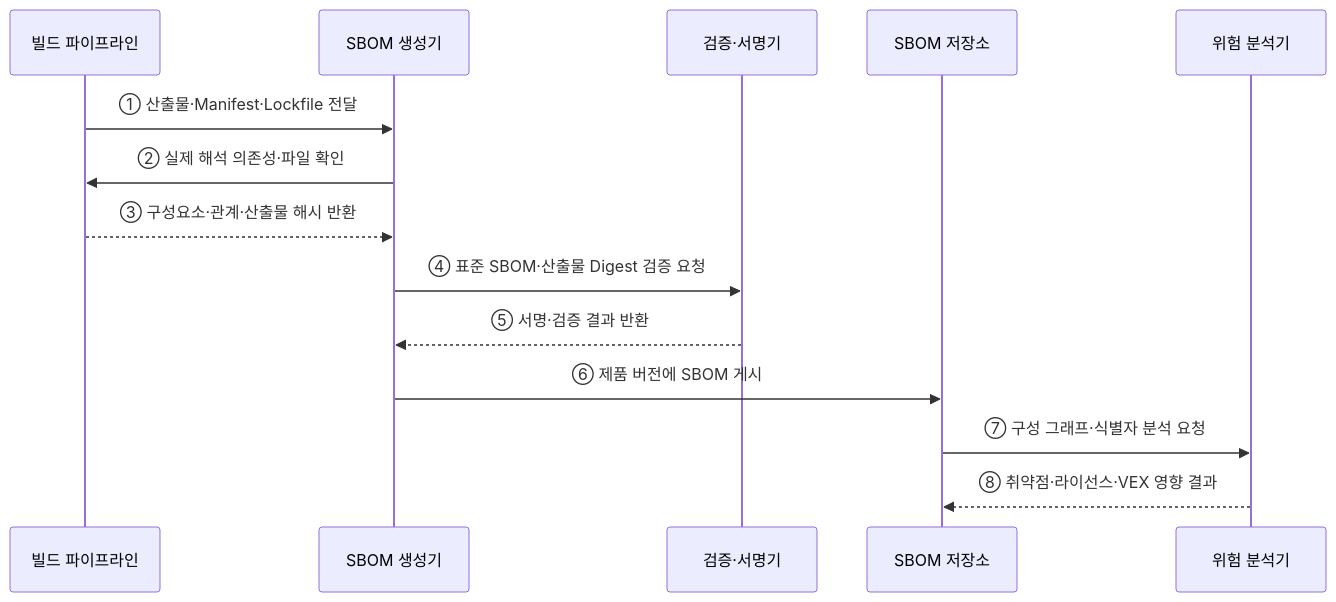
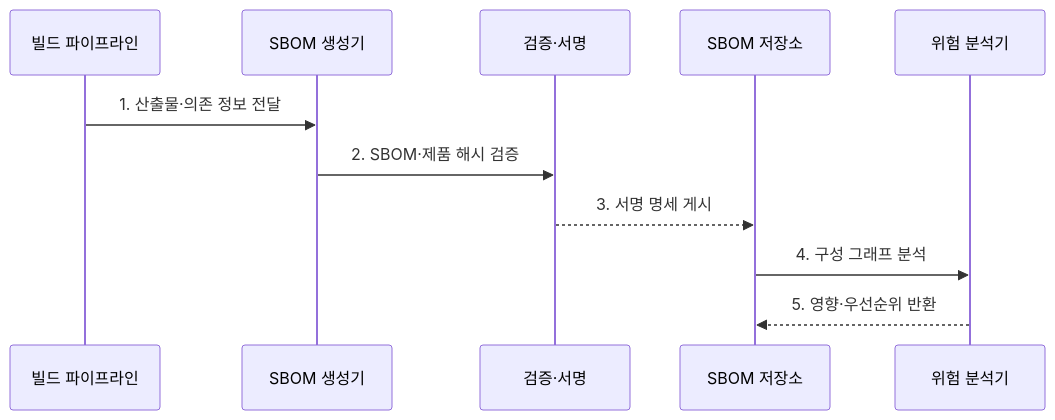
Before and after one commit to agnusdei1207/knowledge-base: the second of 2 diagrams in src/content/docs/notes/03-software/183_sbom.md, drawn with Mermaid. The commit also changed other lines of this file and 20 other files, not shown here.

````diff
--- a/src/content/docs/notes/03-software/183_sbom.md
+++ b/src/content/docs/notes/03-software/183_sbom.md
@@ -72,16 +83,13 @@
 ```mermaid
 sequenceDiagram
     participant B as 빌드 파이프라인
     participant G as SBOM 생성기
-    participant V as 검증·서명기
+    participant V as 검증·서명
     participant R as SBOM 저장소
     participant A as 위험 분석기
-    B->>G: ① 산출물·Manifest·Lockfile 전달
-    G->>B: ② 실제 해석 의존성·파일 확인
-    B-->>G: ③ 구성요소·관계·산출물 해시 반환
-    G->>V: ④ 표준 SBOM·산출물 Digest 검증 요청
-    V-->>G: ⑤ 서명·검증 결과 반환
-    G->>R: ⑥ 제품 버전에 SBOM 게시
-    R->>A: ⑦ 구성 그래프·식별자 분석 요청
-    A-->>R: ⑧ 취약점·라이선스·VEX 영향 결과
+    B->>G: 1. 산출물·의존 정보 전달
+    G->>V: 2. SBOM·제품 해시 검증
+    V-->>R: 3. 서명 명세 게시
+    R->>A: 4. 구성 그래프 분석
+    A-->>R: 5. 영향·우선순위 반환
 ```
````
